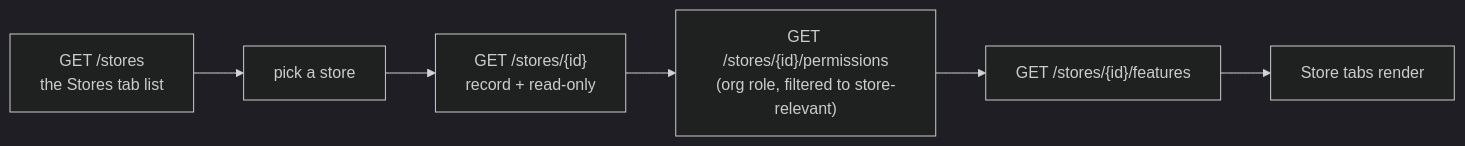
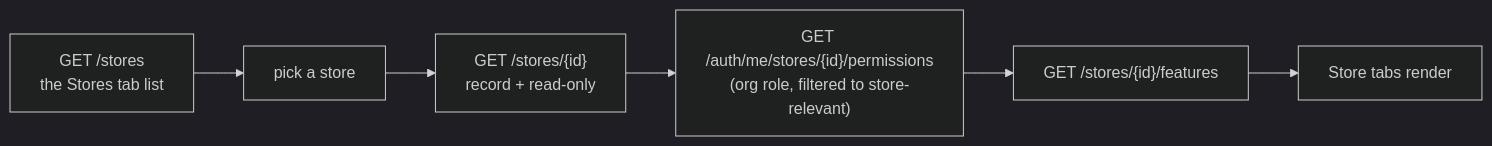
One commit to Shahrukh489/gekkosuite-api changed the third of 6 diagrams in docs/api.md. Above: the diagram before and after it, drawn with Mermaid (dark theme). The commit also changed other lines of this file and 8 other files, not shown here.

````diff
--- a/docs/api.md
+++ b/docs/api.md
@@ -123,8 +123,8 @@
 ```mermaid
 flowchart LR
     A["GET /stores<br/>the Stores tab list"] --> B["pick a store"]
     B --> C["GET /stores/{id}<br/>record + read-only"]
-    C --> D["GET /stores/{id}/permissions<br/>(org role, filtered to store-relevant)"]
+    C --> D["GET /auth/me/stores/{id}/permissions<br/>(org role, filtered to store-relevant)"]
     D --> E["GET /stores/{id}/features"]
     E --> F["Store tabs render"]
 ```
````
